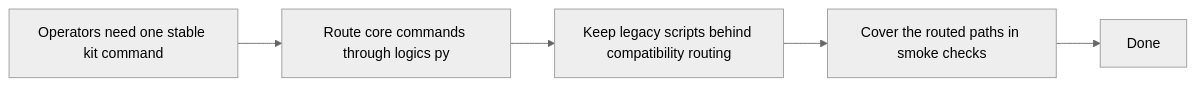
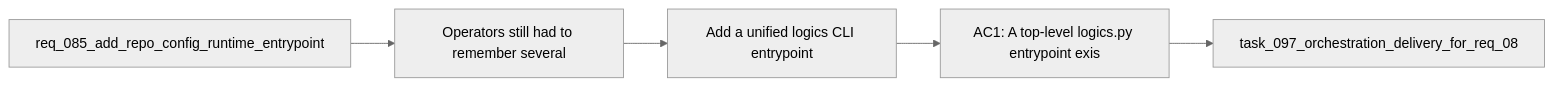
The diagram in logics/backlog/item_130_add_a_unified_logics_cli_entrypoint_with_compatibility_routing.md (AlexAgo83/logics-manager), drawn with Mermaid (neutral theme) before and after one commit. The commit also changed 481 other files, not shown here.

````diff
--- a/logics/backlog/item_130_add_a_unified_logics_cli_entrypoint_with_compatibility_routing.md
+++ b/logics/backlog/item_130_add_a_unified_logics_cli_entrypoint_with_compatibility_routing.md
@@ -25,9 +25,9 @@
 ```mermaid
 %% logics-kind: backlog
 %% logics-signature: backlog|add-a-unified-logics-cli-entrypoint-with|req-085-add-repo-config-runtime-entrypoi|operators-still-had-to-remember-several|ac1-a-top-level-logics-py-entrypoint-exi
 flowchart LR
-    Need[Operators need one stable kit command] --> Route[Route core commands through logics py]
-    Route --> Compat[Keep legacy scripts behind compatibility routing]
-    Compat --> Smoke[Cover the routed paths in smoke checks]
-    Smoke --> Done[Done]
+    Request[req_085_add_repo_config_runtime_entrypoint] --> Problem[Operators still had to remember several]
+    Problem --> Scope[Add a unified logics CLI entrypoint]
+    Scope --> Acceptance[AC1: A top-level logics.py entrypoint exis]
+    Acceptance --> Tasks[task_097_orchestration_delivery_for_req_08]
 ```
````
